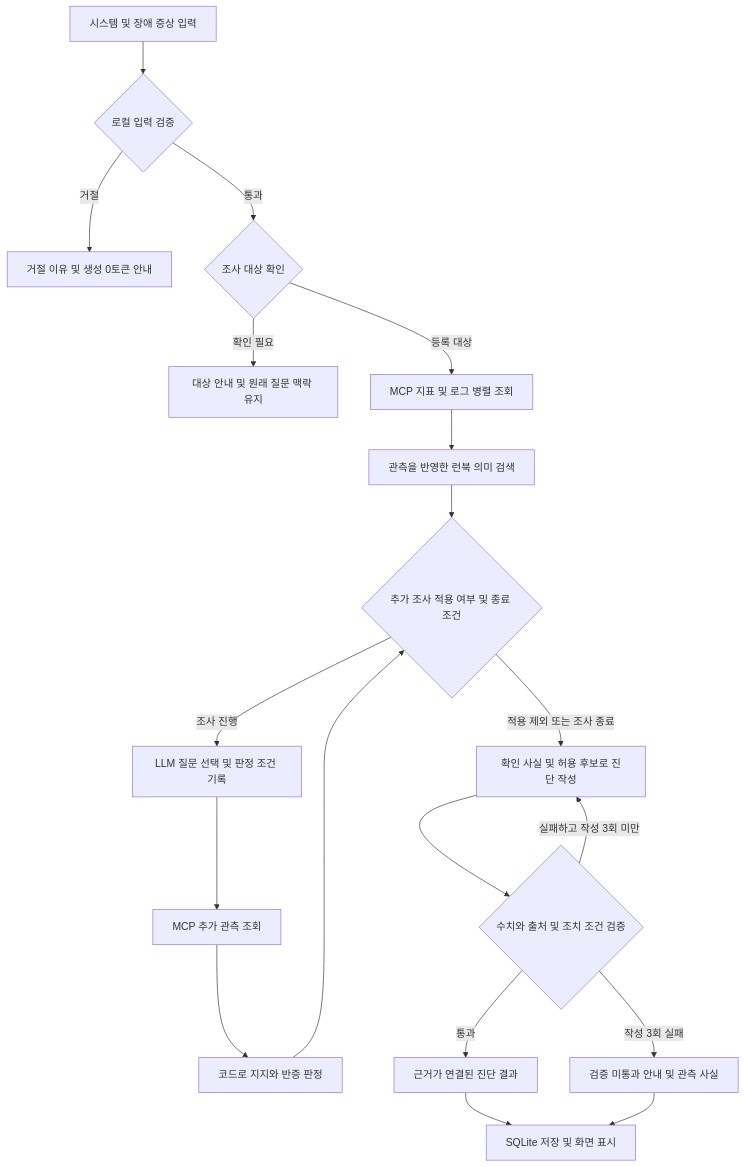
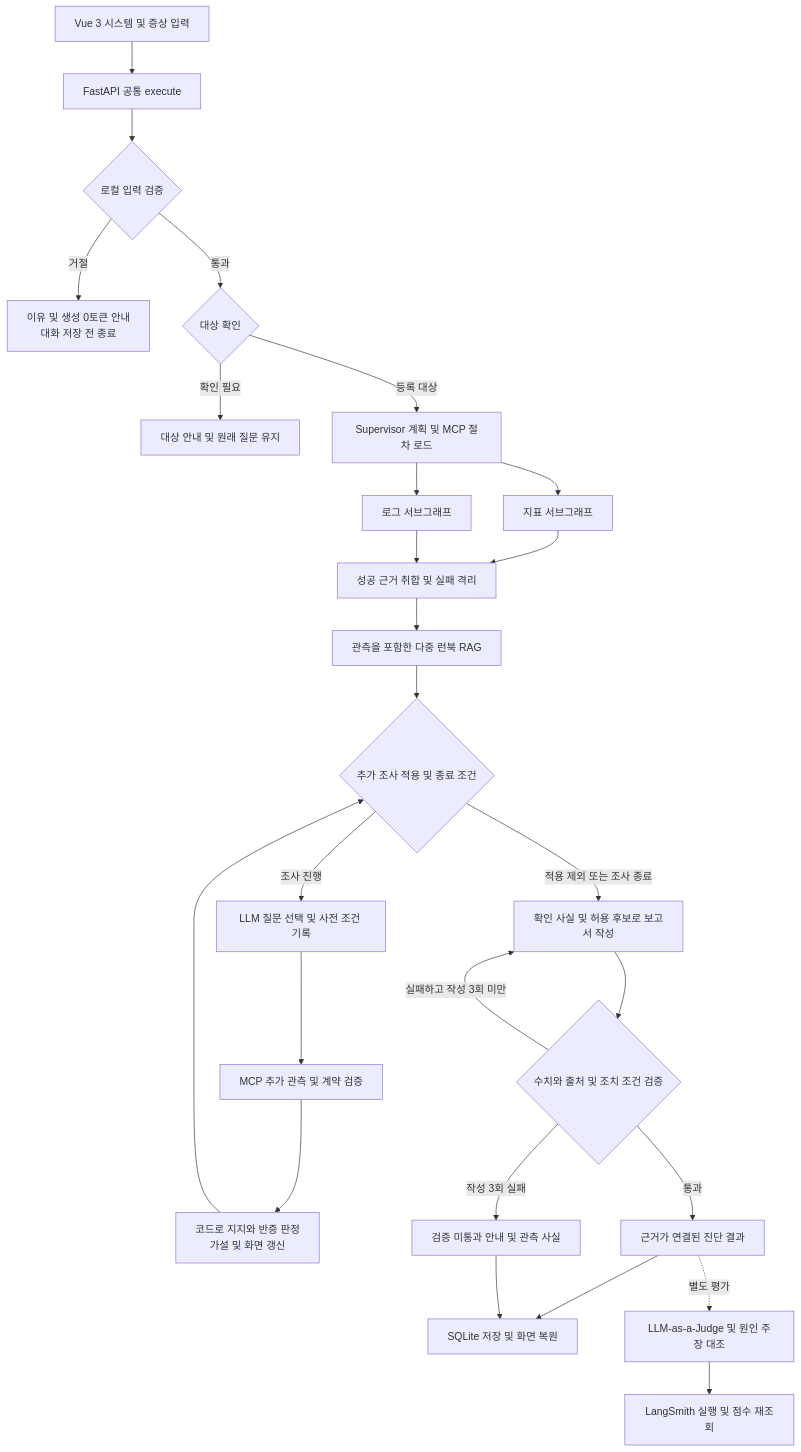
One commit to beshurl/skala-ai-mini-project changed the diagram in README.md. Above: the diagram before and after it, drawn with Mermaid. The commit also changed other lines of this file, not shown here.

````diff
--- a/README.md
+++ b/README.md
@@ -38,21 +130,28 @@
 ```mermaid
 flowchart TD
-    USER["시스템 및 장애 증상 입력"] --> INPUT{"로컬 입력 검증"}
-    INPUT -->|거절| REJECT["거절 이유 및 생성 0토큰 안내"]
-    INPUT -->|통과| TARGET{"조사 대상 확인"}
-    TARGET -->|확인 필요| ASK["대상 안내 및 원래 질문 맥락 유지"]
-    TARGET -->|등록 대상| RESEARCH["MCP 지표 및 로그 병렬 조회"]
-    RESEARCH --> RAG["관측을 반영한 런북 의미 검색"]
-    RAG --> PLAN{"추가 조사 적용 여부 및 종료 조건"}
-    PLAN -->|조사 진행| CHOOSE["LLM 질문 선택 및 판정 조건 기록"]
-    CHOOSE --> PROBE["MCP 추가 관측 조회"]
-    PROBE --> TEST["코드로 지지와 반증 판정"]
-    TEST --> PLAN
-    PLAN -->|적용 제외 또는 조사 종료| WRITE["확인 사실 및 허용 후보로 진단 작성"]
+    UI["Vue 3 시스템 및 증상 입력"] --> API["FastAPI 공통 execute"]
+    API --> INPUT{"로컬 입력 검증"}
+    INPUT -->|거절| REJECT["이유 및 생성 0토큰 안내<br/>대화 저장 전 종료"]
+    INPUT -->|통과| TARGET{"대상 확인"}
+    TARGET -->|확인 필요| ASK["대상 안내 및 원래 질문 유지"]
+    TARGET -->|등록 대상| PLAN["Supervisor 계획 및 MCP 절차 로드"]
+    PLAN --> METRICS["지표 서브그래프"]
+    PLAN --> LOGS["로그 서브그래프"]
+    METRICS --> JOIN["성공 근거 취합 및 실패 격리"]
+    LOGS --> JOIN
+    JOIN --> RAG["관측을 포함한 다중 런북 RAG"]
+    RAG --> INVEST{"추가 조사 적용 및 종료 조건"}
+    INVEST -->|조사 진행| CHOOSE["LLM 질문 선택 및 사전 조건 기록"]
+    CHOOSE --> PROBE["MCP 추가 관측 및 계약 검증"]
+    PROBE --> TEST["코드로 지지와 반증 판정<br/>가설 및 화면 갱신"]
+    TEST --> INVEST
+    INVEST -->|적용 제외 또는 조사 종료| WRITE["확인 사실 및 허용 후보로 보고서 작성"]
     WRITE --> VALIDATE{"수치와 출처 및 조치 조건 검증"}
     VALIDATE -->|실패하고 작성 3회 미만| WRITE
     VALIDATE -->|통과| ANSWER["근거가 연결된 진단 결과"]
     VALIDATE -->|작성 3회 실패| FACTS["검증 미통과 안내 및 관측 사실"]
-    ANSWER --> STORE["SQLite 저장 및 화면 표시"]
+    ANSWER --> STORE["SQLite 저장 및 화면 복원"]
     FACTS --> STORE
+    ANSWER -. 별도 평가 .-> JUDGE["LLM-as-a-Judge 및 원인 주장 대조"]
+    JUDGE --> TRACE["LangSmith 실행 및 점수 재조회"]
 ```
````
